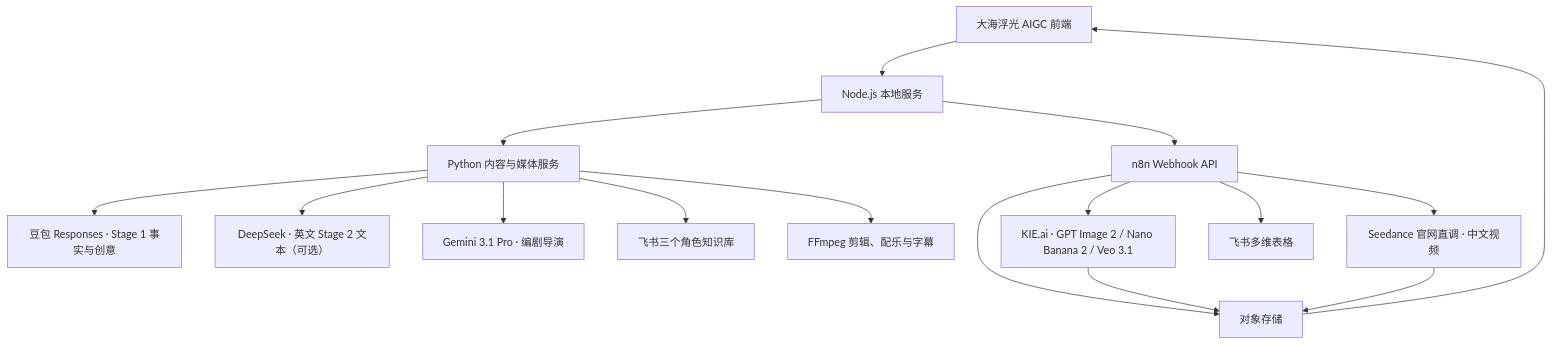
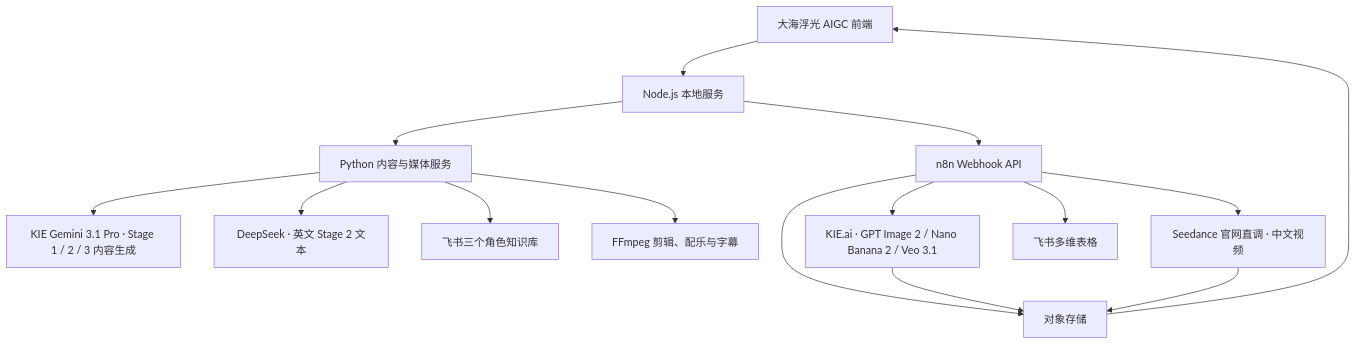
One commit to luoxiaohe0529-creator/ocean-glimmer-aigc changed the diagram in docs/ARCHITECTURE.md. Above: the diagram before and after it, drawn with Mermaid. The commit also changed other lines of this file and 6 other files, not shown here.

````diff
--- a/docs/ARCHITECTURE.md
+++ b/docs/ARCHITECTURE.md
@@ -9,18 +9,17 @@
 ```mermaid
 flowchart TB
   UI["大海浮光 AIGC 前端"] --> SERVER["Node.js 本地服务"]
   SERVER --> PYTHON["Python 内容与媒体服务"]
   SERVER --> N8N["n8n Webhook API"]
-  PYTHON --> DOUBAO["豆包 Responses · Stage 1 事实与创意"]
-  PYTHON --> DEEPSEEK["DeepSeek · 英文 Stage 2 文本（可选）"]
-  PYTHON --> GEMINI["Gemini 3.1 Pro · 编剧导演"]
+  PYTHON --> GEMINI["KIE Gemini 3.1 Pro · Stage 1 / 2 / 3 内容生成"]
+  PYTHON --> DEEPSEEK["DeepSeek · 英文 Stage 2 文本"]
   PYTHON --> KNOWLEDGE["飞书三个角色知识库"]
   PYTHON --> FFMPEG["FFmpeg 剪辑、配乐与字幕"]
   N8N --> KIE["KIE.ai · GPT Image 2 / Nano Banana 2 / Veo 3.1"]
   N8N --> VIDEO["Seedance 官网直调 · 中文视频"]
   N8N --> FEISHU["飞书多维表格"]
   N8N --> STORAGE["对象存储"]
   KIE --> STORAGE
   VIDEO --> STORAGE
   STORAGE --> UI
 ```
````
